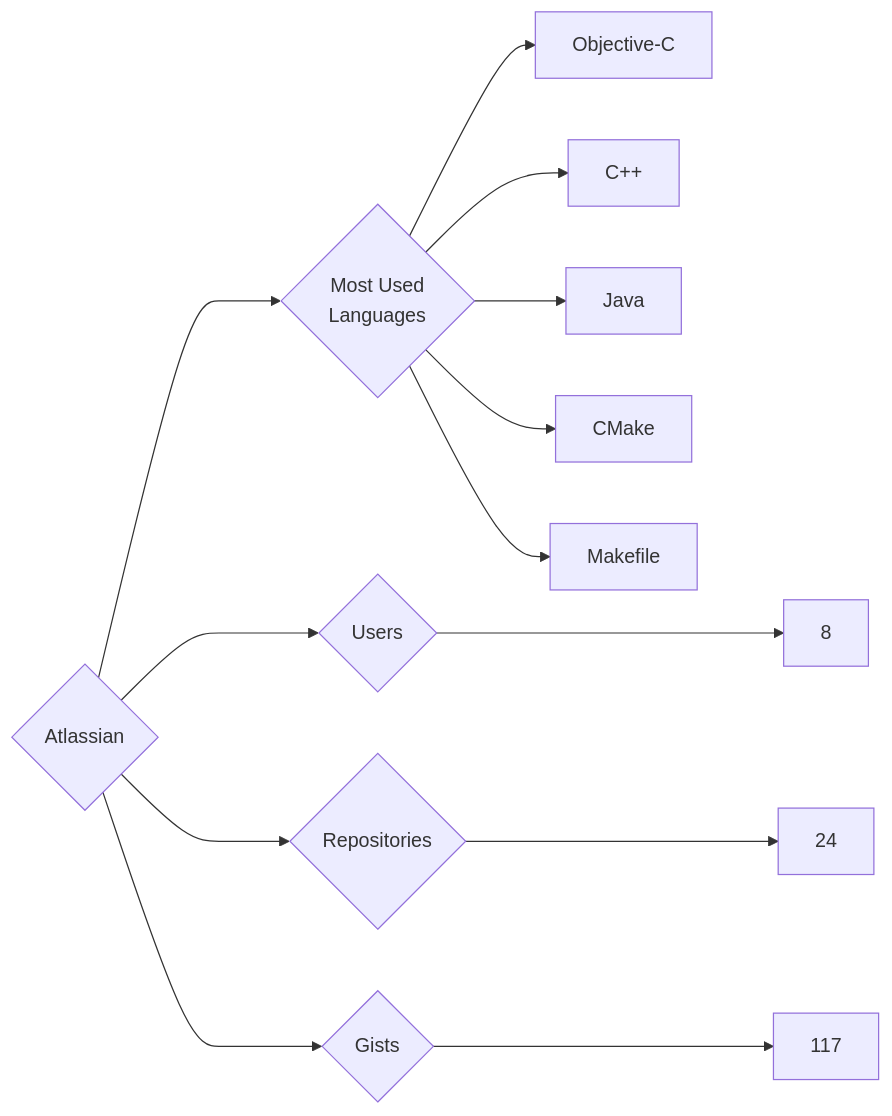
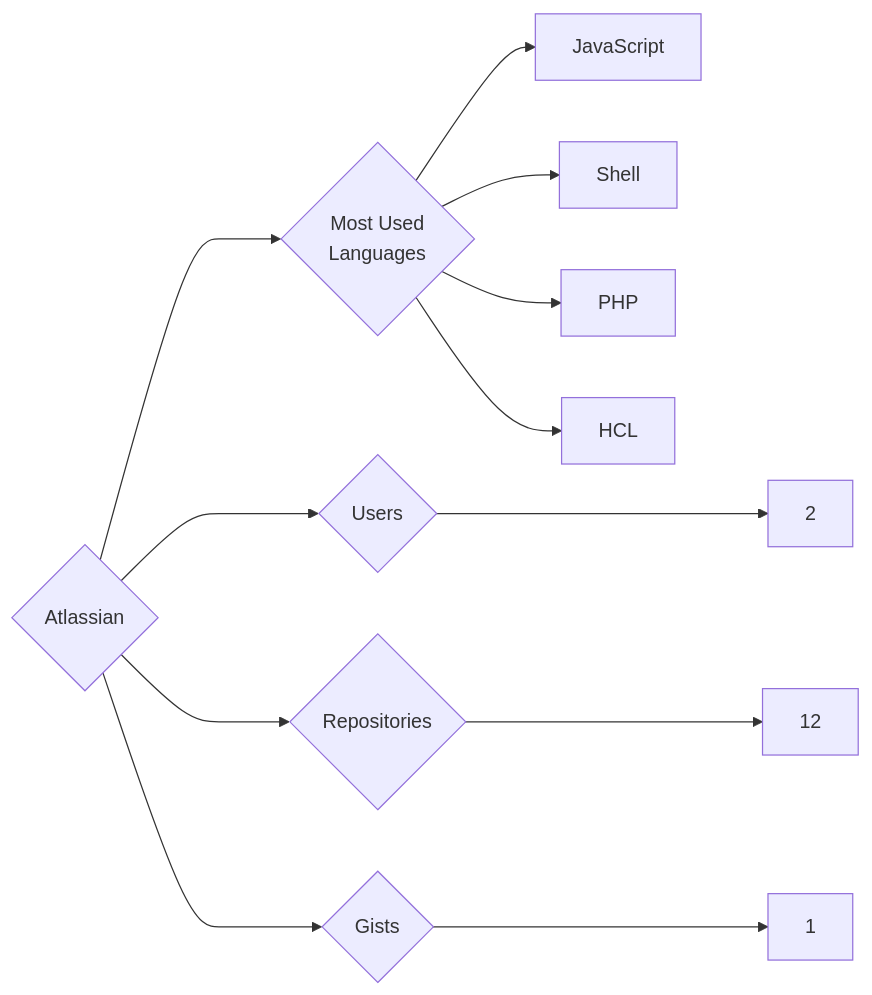
Before and after one commit to trickest/insiders: the diagram in targets/Atlassian/README.md, drawn with Mermaid. The commit also changed 880 other files, not shown here.

````diff
--- a/targets/Atlassian/README.md
+++ b/targets/Atlassian/README.md
@@ -3,13 +3,12 @@
 ```mermaid
 graph LR
 COMPANY_NAME{Atlassian}
-COMPANY_NAME ---> U{Users} ---> UN[8]
-COMPANY_NAME ---> R{Repositories} ---> RN[24]
-COMPANY_NAME ---> G{Gists} ---> GN[117]
+COMPANY_NAME ---> U{Users} ---> UN[2]
+COMPANY_NAME ---> R{Repositories} ---> RN[12]
+COMPANY_NAME ---> G{Gists} ---> GN[1]
 COMPANY_NAME ---> ML{Most Used<br>Languages}
-ML --> Objective-C[Objective-C]
-ML --> C++[C++]
-ML --> Java[Java]
-ML --> CMake[CMake]
-ML --> Makefile[Makefile]
+ML --> JavaScript[JavaScript]
+ML --> Shell[Shell]
+ML --> PHP[PHP]
+ML --> HCL[HCL]
 ```
````
